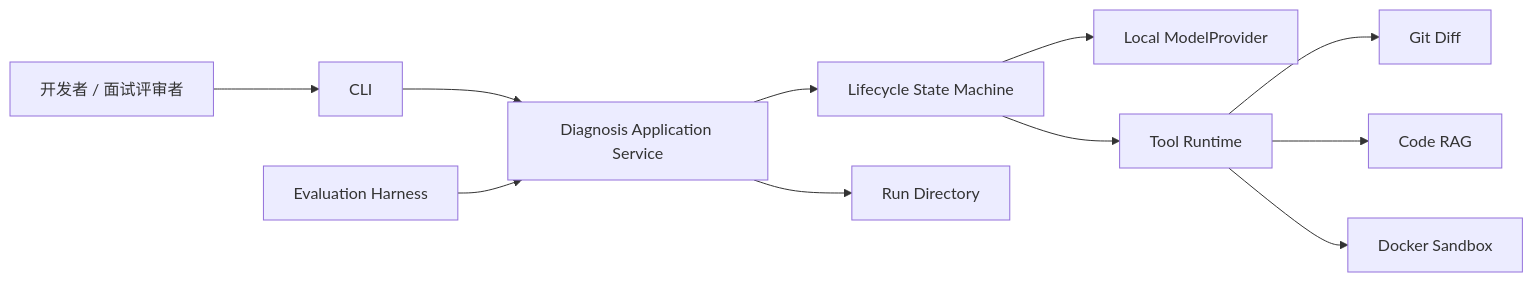
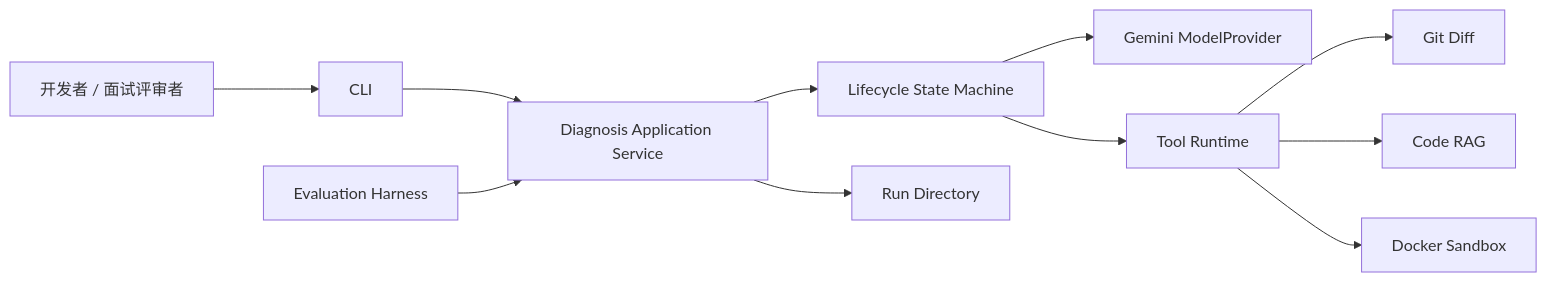
Before and after one commit to N1rv2na/CodeRCA-agent: the first of 2 diagrams in docs/design.md, drawn with Mermaid. The commit also changed other lines of this file and 15 other files, not shown here.

Commit message:
docs: switch model provider to Gemini API

````diff
--- a/docs/design.md
+++ b/docs/design.md
@@ -95,13 +96,13 @@
 ```mermaid
 flowchart LR
     User[开发者 / 面试评审者] --> CLI[CLI]
     CLI --> App[Diagnosis Application Service]
     Eval[Evaluation Harness] --> App
     App --> Agent[Lifecycle State Machine]
-    Agent --> Model[Local ModelProvider]
+    Agent --> Model[Gemini ModelProvider]
     Agent --> Runtime[Tool Runtime]
     Runtime --> Diff[Git Diff]
     Runtime --> Retrieval[Code RAG]
     Runtime --> Sandbox[Docker Sandbox]
     App --> Runs[Run Directory]
 ```
````
